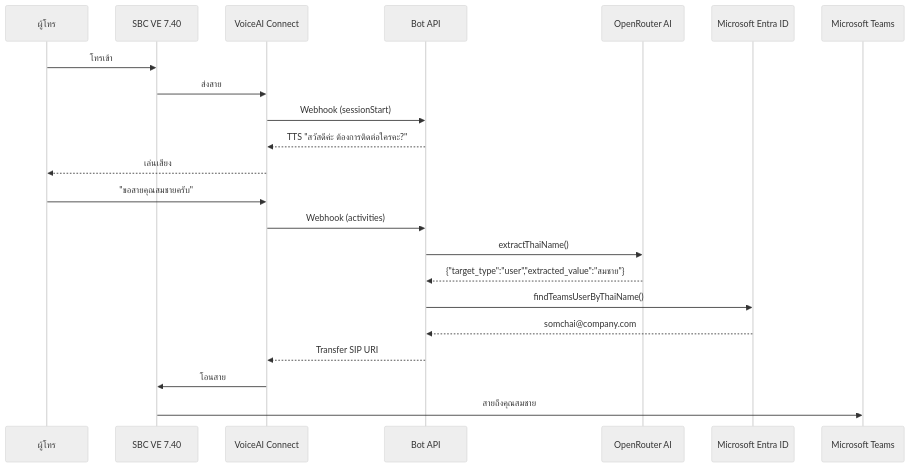
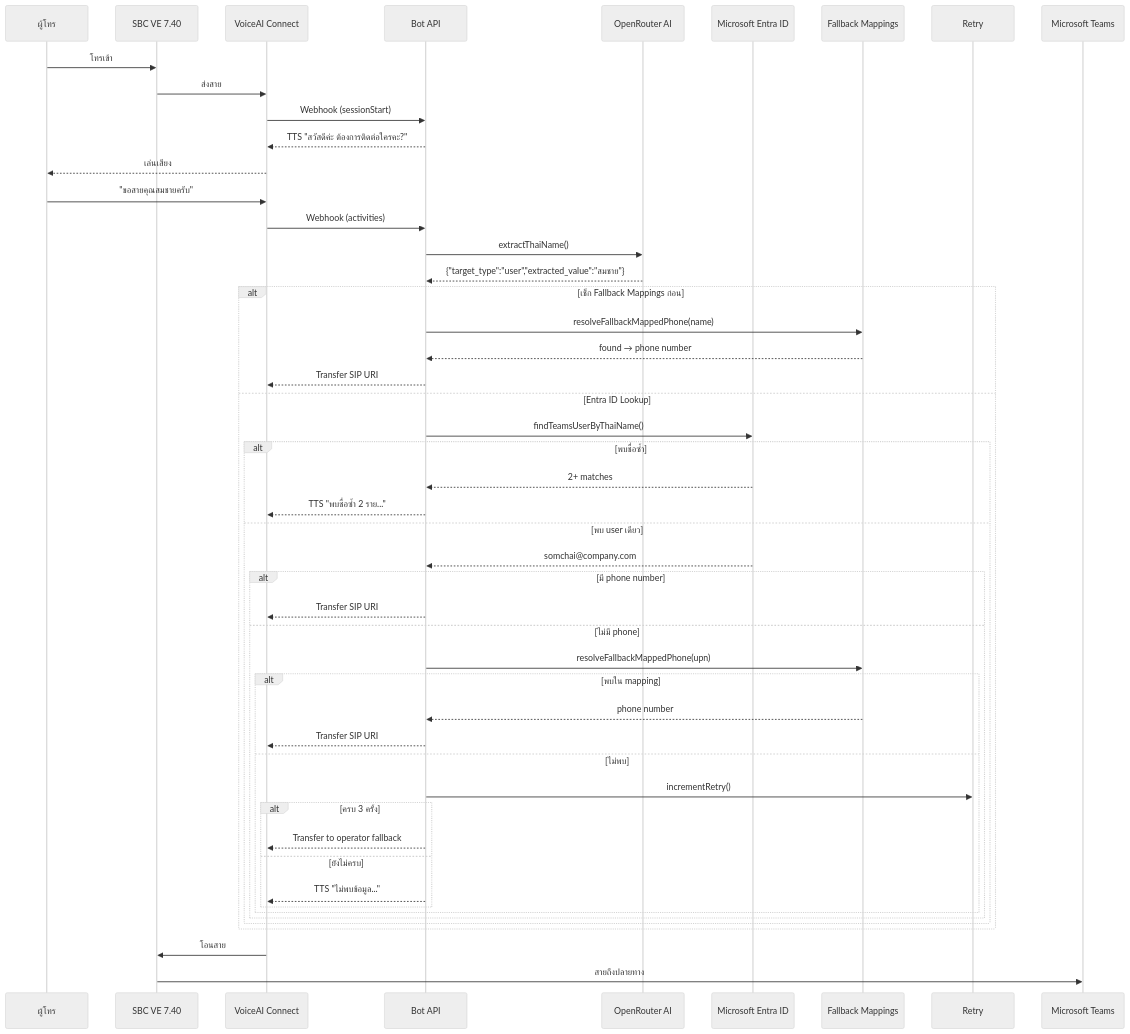
Before and after one commit to VichyaS/AI-Bot-VoiceTeam: the second of 2 diagrams in README.md, drawn with Mermaid (neutral theme). The commit also changed other lines of this file, not shown here.

Commit message:
Update README with latest call flow and features

````diff
--- a/README.md
+++ b/README.md
@@ -304,24 +310,53 @@
 ```mermaid
 sequenceDiagram
     participant Caller as ผู้โทร
     participant SBC as SBC VE 7.40
     participant VAIC as VoiceAI Connect
     participant Bot as Bot API
     participant AI as OpenRouter AI
     participant Entra as Microsoft Entra ID
+    participant Cfg as Fallback Mappings
 
     Caller->>SBC: โทรเข้า
     SBC->>VAIC: ส่งสาย
     VAIC->>Bot: Webhook (sessionStart)
     Bot-->>VAIC: TTS "สวัสดีค่ะ ต้องการติดต่อใครคะ?"
     VAIC-->>Caller: เล่นเสียง
     Caller->>VAIC: "ขอสายคุณสมชายครับ"
     VAIC->>Bot: Webhook (activities)
     Bot->>AI: extractThaiName()
     AI-->>Bot: {"target_type":"user","extracted_value":"สมชาย"}
-    Bot->>Entra: findTeamsUserByThaiName()
-    Entra-->>Bot: somchai@company.com
-    Bot-->>VAIC: Transfer SIP URI
+    
+    alt เช็ก Fallback Mappings ก่อน
+        Bot->>Cfg: resolveFallbackMappedPhone(name)
+        Cfg-->>Bot: found → phone number
+        Bot-->>VAIC: Transfer SIP URI
+    else Entra ID Lookup
+        Bot->>Entra: findTeamsUserByThaiName()
+        alt พบชื่อซ้ำ
+            Entra-->>Bot: 2+ matches
+            Bot-->>VAIC: TTS "พบชื่อซ้ำ 2 ราย..."
+        else พบ user เดียว
+            Entra-->>Bot: somchai@company.com
+            alt มี phone number
+                Bot-->>VAIC: Transfer SIP URI
+            else ไม่มี phone
+                Bot->>Cfg: resolveFallbackMappedPhone(upn)
+                alt พบใน mapping
+                    Cfg-->>Bot: phone number
+                    Bot-->>VAIC: Transfer SIP URI
+                else ไม่พบ
+                    Bot->>Retry: incrementRetry()
+                    alt ครบ 3 ครั้ง
+                        Bot-->>VAIC: Transfer to operator fallback
+                    else ยังไม่ครบ
+                        Bot-->>VAIC: TTS "ไม่พบข้อมูล..."
+                    end
+                end
+            end
+        end
+    end
+    
     VAIC->>SBC: โอนสาย
-    SBC->>Microsoft Teams: สายถึงคุณสมชาย
+    SBC->>Microsoft Teams: สายถึงปลายทาง
 ```
````
